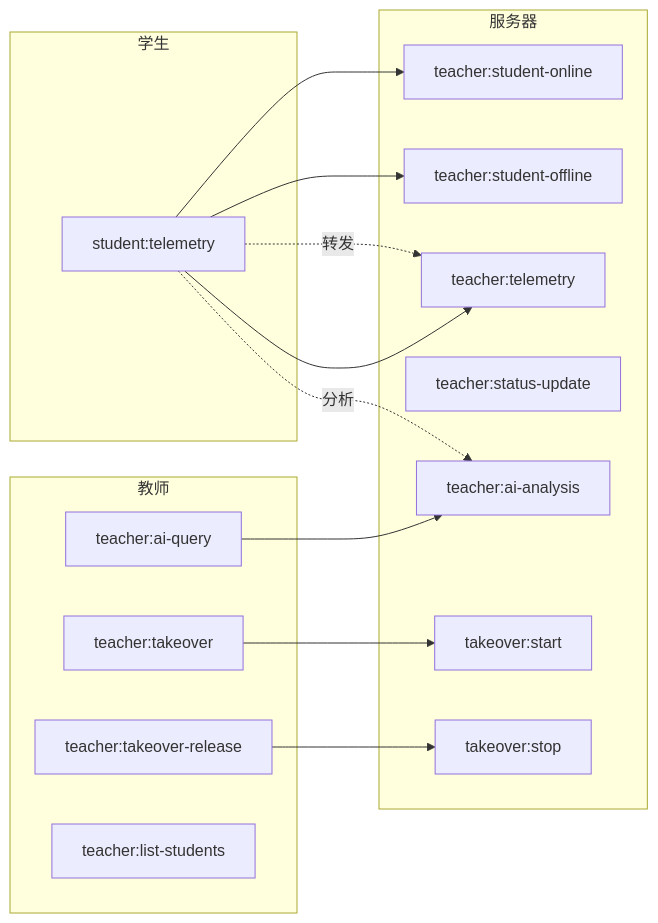
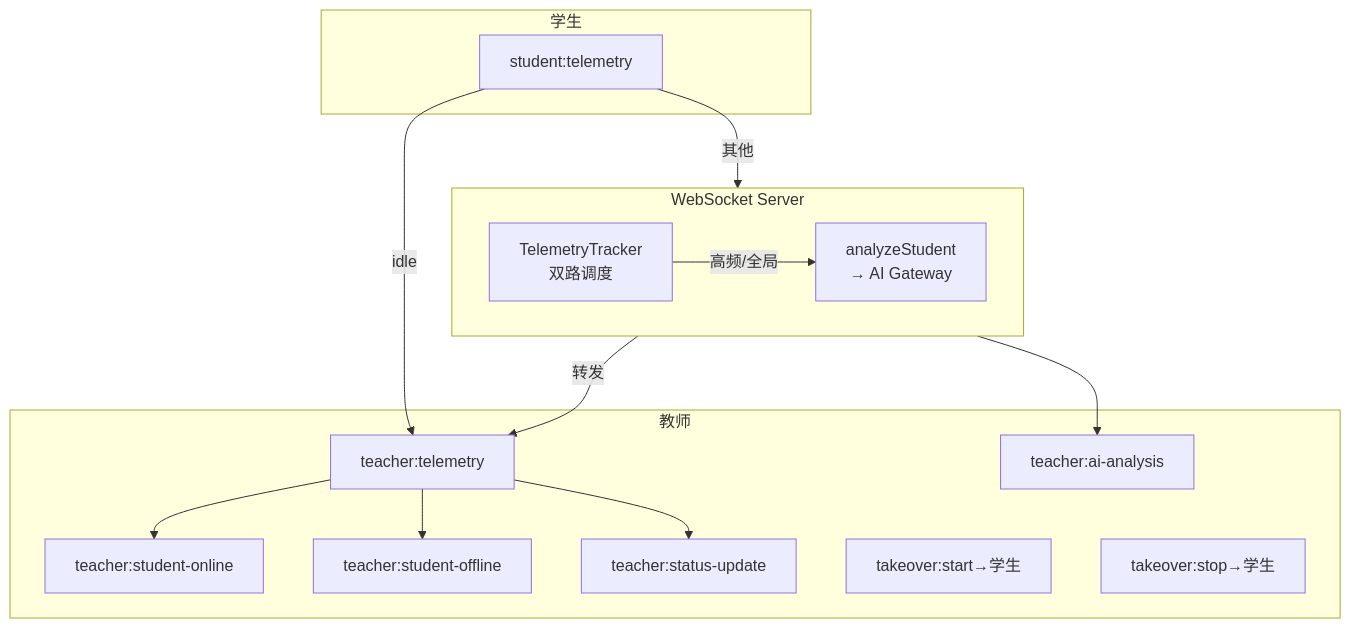
Before and after one commit to prisflow/sqlense: the first of 2 diagrams in doc/WEBSOCKET.md, drawn with Mermaid. The commit also changed other lines of this file and 54 other files, not shown here.

````diff
--- a/doc/WEBSOCKET.md
+++ b/doc/WEBSOCKET.md
@@ -14,31 +14,29 @@
 ```mermaid
-graph LR
+graph TB
     subgraph 学生
         TE[student:telemetry]
     end
 
-    subgraph 服务器
-        SO[teacher:student-online]
-        SFO[teacher:student-offline]
-        ST[teacher:telemetry]
-        SU[teacher:status-update]
-        AA[teacher:ai-analysis]
-        TKO[takeover:start]
-        TKC[takeover:stop]
+    subgraph WebSocket Server
+        direction LR
+        TT[TelemetryTracker<br/>双路调度]
+        AS[analyzeStudent<br/>→ AI Gateway]
     end
 
     subgraph 教师
-        TA[teacher:takeover]
-        TR[teacher:takeover-release]
-        AQ[teacher:ai-query]
-        LS[teacher:list-students]
+        OA[teacher:student-online]
+        OF[teacher:student-offline]
+        TEL[teacher:telemetry]
+        ST[teacher:status-update]
+        AA[teacher:ai-analysis]
+        TKO[takeover:start→学生]
+        TKC[takeover:stop→学生]
     end
 
-    TE --> SO & SFO & ST
-    TA --> TKO
-    TR --> TKC
-    AQ --> AA
-
-    TE -.->|转发| ST
-    TE -.->|分析| AA
+    TE -->|idle| TEL
+    TE -->|其他| TT
+    TT -->|高频/全局| AS
+    AS --> AA
+    TT -->|转发| TEL
+    TEL --> OA & OF & ST
 ```
````
